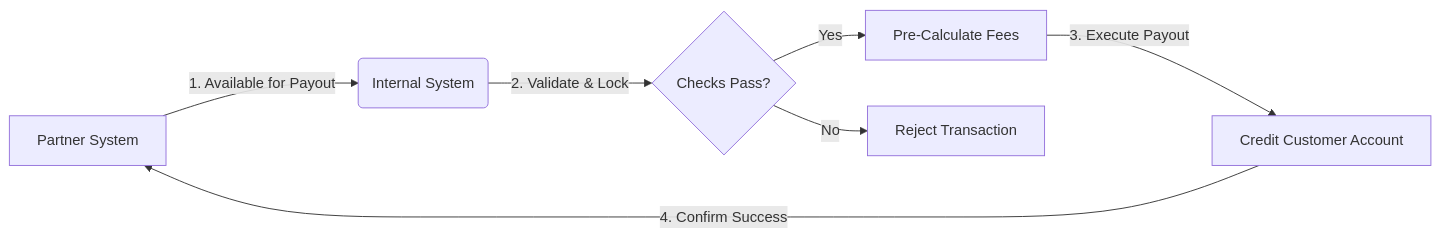
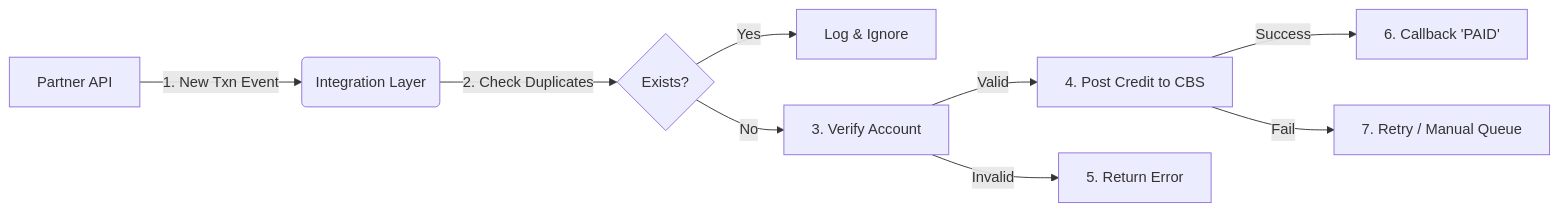
The diagram in README.md (aaaaa012/ba-remittance-receiving-integration), drawn with Mermaid before and after one commit. The commit also changed other lines of this file, not shown here.

````diff
--- a/README.md
+++ b/README.md
@@ -46,9 +97,11 @@
 ```mermaid
 graph LR
-    A[Partner System] -->|1. Available for Payout| B(Internal System)
-    B -->|2. Validate & Lock| C{Checks Pass?}
-    C -->|Yes| D[Pre-Calculate Fees]
-    C -->|No| E[Reject Transaction]
-    D -->|3. Execute Payout| F[Credit Customer Account]
-    F -->|4. Confirm Success| A
+    A[Partner API] -->|1. New Txn Event| B(Integration Layer)
+    B -->|2. Check Duplicates| C{Exists?}
+    C -->|Yes| X[Log & Ignore]
+    C -->|No| D[3. Verify Account]
+    D -->|Valid| E[4. Post Credit to CBS]
+    D -->|Invalid| F[5. Return Error]
+    E -->|Success| G[6. Callback 'PAID']
+    E -->|Fail| H[7. Retry / Manual Queue]
 ```
````
